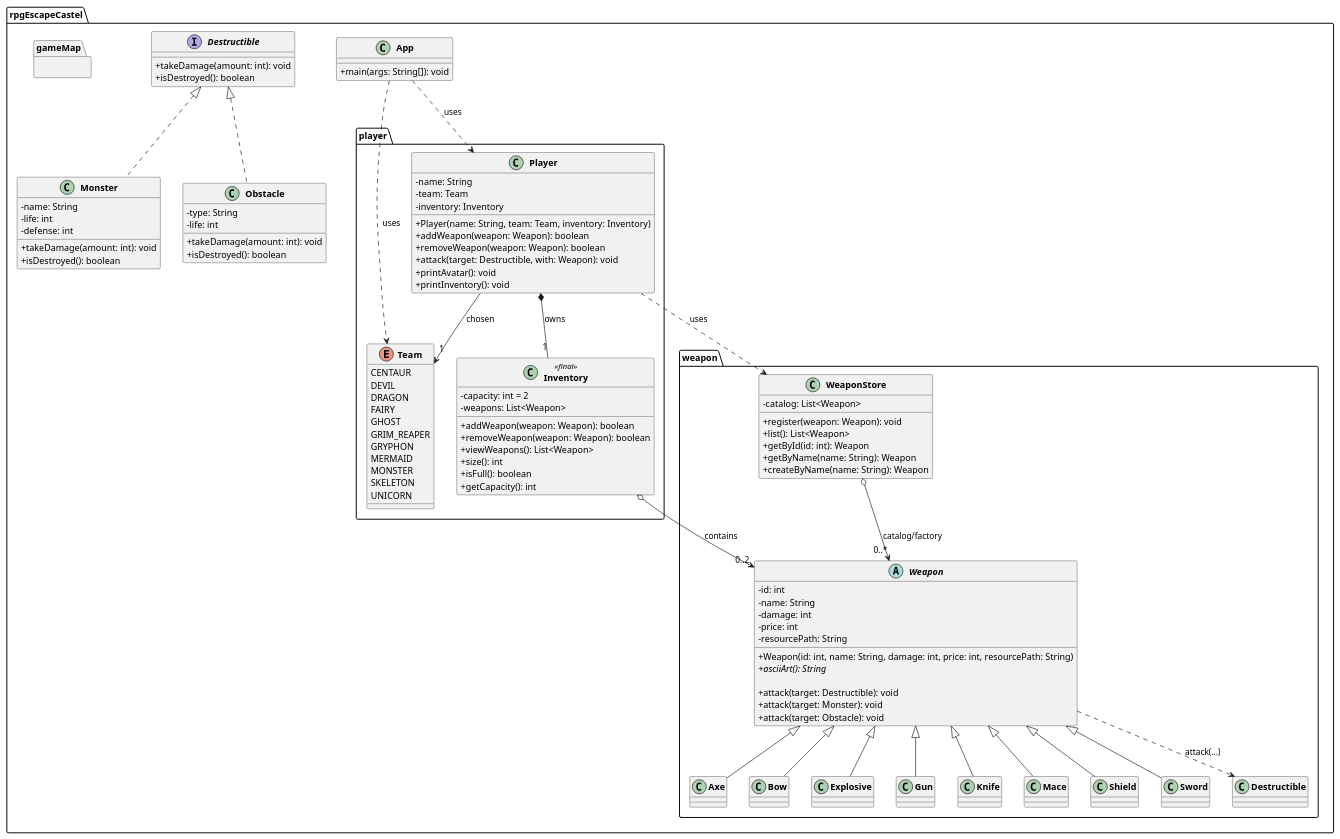
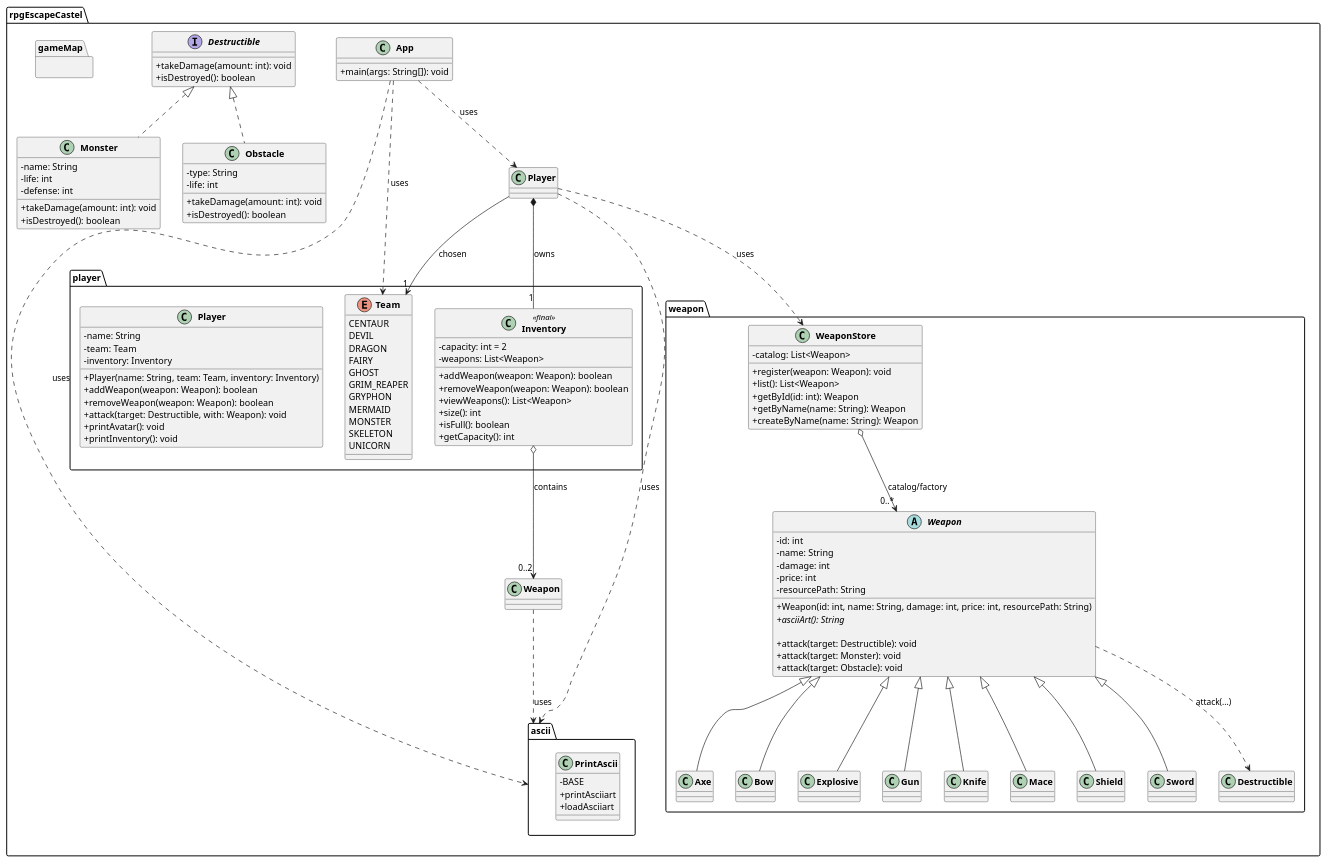
One commit to edusilvaramos/EscapeCastel changed the diagram in diagram.puml. Above: the diagram before and after it, drawn with PlantUML. The commit also changed 4 other files, not shown here.

Commit message:
fix PrintAscii and UML

```diff
--- a/diagram.puml
+++ b/diagram.puml
@@ -1,123 +1,136 @@
 @startuml
 skinparam classAttributeIconSize 0
 skinparam classFontStyle bold
 
 package rpgEscapeCastel {
     class App {
         + main(args: String[]): void
     }
 
     package gameMap {}
+
+    package ascii {
+        class PrintAscii{
+            - BASE
+            + printAsciiart
+            + loadAsciiart
+        }
+    }
+    App ..> ascii : uses
+    Player ..> ascii : uses
+    Weapon ..> ascii : uses
+
+
 
     package weapon {
         abstract class Weapon {
             - id: int
             - name: String
             - damage: int
             - price: int
             - resourcePath: String
             + Weapon(id: int, name: String, damage: int, price: int, resourcePath: String)
             {abstract} + asciiArt(): String
 
             ' OVERLOADING (PFF 3)'
             + attack(target: Destructible): void
             + attack(target: Monster): void
             + attack(target: Obstacle): void
         }
 
         class Axe extends Weapon
         class Bow extends Weapon
         class Explosive extends Weapon
         class Gun extends Weapon
         class Knife extends Weapon
         class Mace extends Weapon
         class Shield extends Weapon
         class Sword extends Weapon
 
         Weapon ..> Destructible : attack(...)
 
         class WeaponStore {
             - catalog: List<Weapon>
             + register(weapon: Weapon): void
             + list(): List<Weapon>
             + getById(id: int): Weapon
             + getByName(name: String): Weapon
             + createByName(name: String): Weapon
         }
 
         WeaponStore o--> "0..*" Weapon : catalog/factory
 
     }
     package player {
 
         enum Team {
             CENTAUR
             DEVIL
             DRAGON
             FAIRY
             GHOST
             GRIM_REAPER
             GRYPHON
             MERMAID
             MONSTER
             SKELETON
             UNICORN
         }
         class Inventory <<final>> {
             - capacity: int = 2
             - weapons: List<Weapon>
             + addWeapon(weapon: Weapon): boolean
             + removeWeapon(weapon: Weapon): boolean
             + viewWeapons(): List<Weapon>
             + size(): int
             + isFull(): boolean
             + getCapacity(): int
         }
 
         class Player {
             - name: String
             - team: Team
             - inventory: Inventory
             + Player(name: String, team: Team, inventory: Inventory)
             + addWeapon(weapon: Weapon): boolean
             + removeWeapon(weapon: Weapon): boolean
             + attack(target: Destructible, with: Weapon): void
             + printAvatar(): void
             + printInventory(): void
         }
     }
 
     interface Destructible {
         + takeDamage(amount: int): void
         + isDestroyed(): boolean
     }
 
     class Monster implements Destructible {
         - name: String
         - life: int
         - defense: int
         + takeDamage(amount: int): void
         + isDestroyed(): boolean
     }
 
     class Obstacle implements Destructible {
         - type: String
         - life: int
         + takeDamage(amount: int): void
         + isDestroyed(): boolean
     }
 
 
 
 
 
 
 
     Player *-- "1" Inventory : owns
     Inventory o--> "0..2" Weapon : contains
     Player --> "1" Team : chosen
     Player ..> WeaponStore : uses
     App ..> Player : uses
     App ..> Team : uses
 }
 @enduml
```
